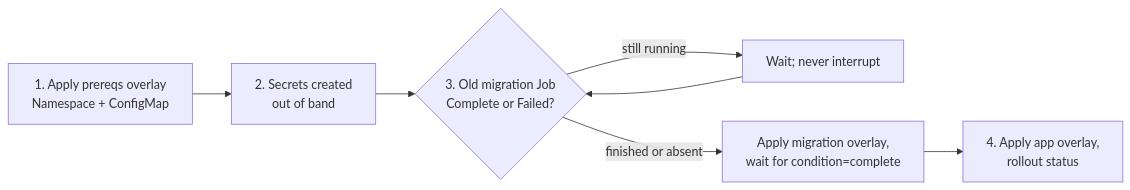
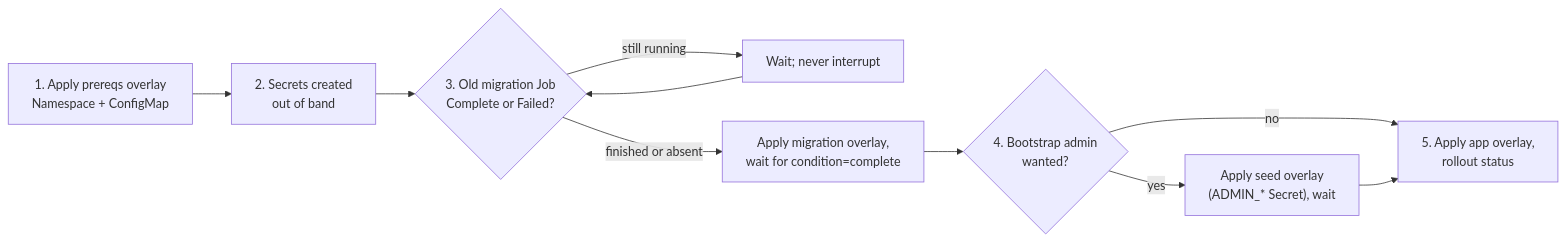
Before and after one commit to chuanghiduoc/fiber-golang-boilerplate: the eighth of 9 diagrams in docs/operations.md, drawn with Mermaid. The commit also changed other lines of this file and 76 other files, not shown here.

````diff
--- a/docs/operations.md
+++ b/docs/operations.md
@@ -1394,9 +1454,12 @@
 ```mermaid
 flowchart LR
     pre["1. Apply prereqs overlay<br/>Namespace + ConfigMap"] --> sec["2. Secrets created<br/>out of band"]
     sec --> chk{"3. Old migration Job<br/>Complete or Failed?"}
     chk -- still running --> waitj[Wait; never interrupt]
     waitj --> chk
     chk -- finished or absent --> mig["Apply migration overlay,<br/>wait for condition=complete"]
-    mig --> app["4. Apply app overlay,<br/>rollout status"]
+    mig --> seed{"4. Bootstrap admin<br/>wanted?"}
+    seed -- yes --> seedjob["Apply seed overlay<br/>(ADMIN_* Secret), wait"]
+    seed -- no --> app
+    seedjob --> app["5. Apply app overlay,<br/>rollout status"]
 ```
````
